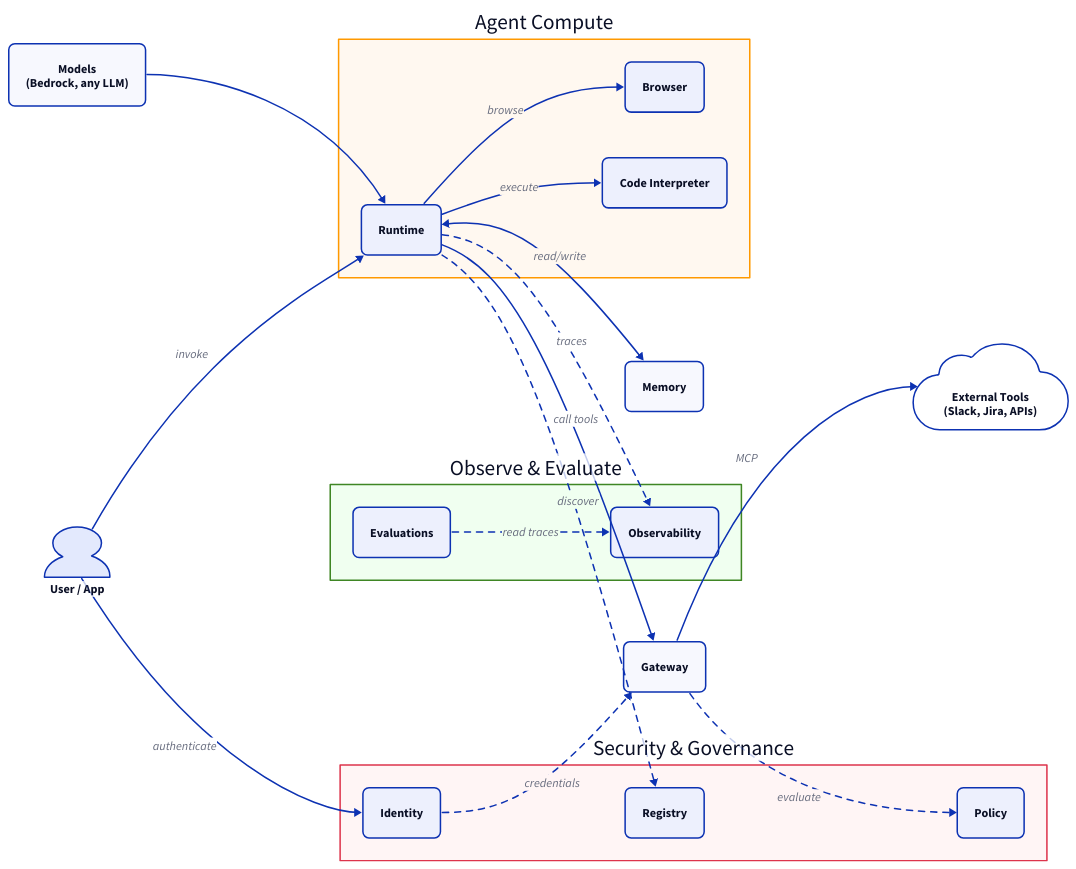
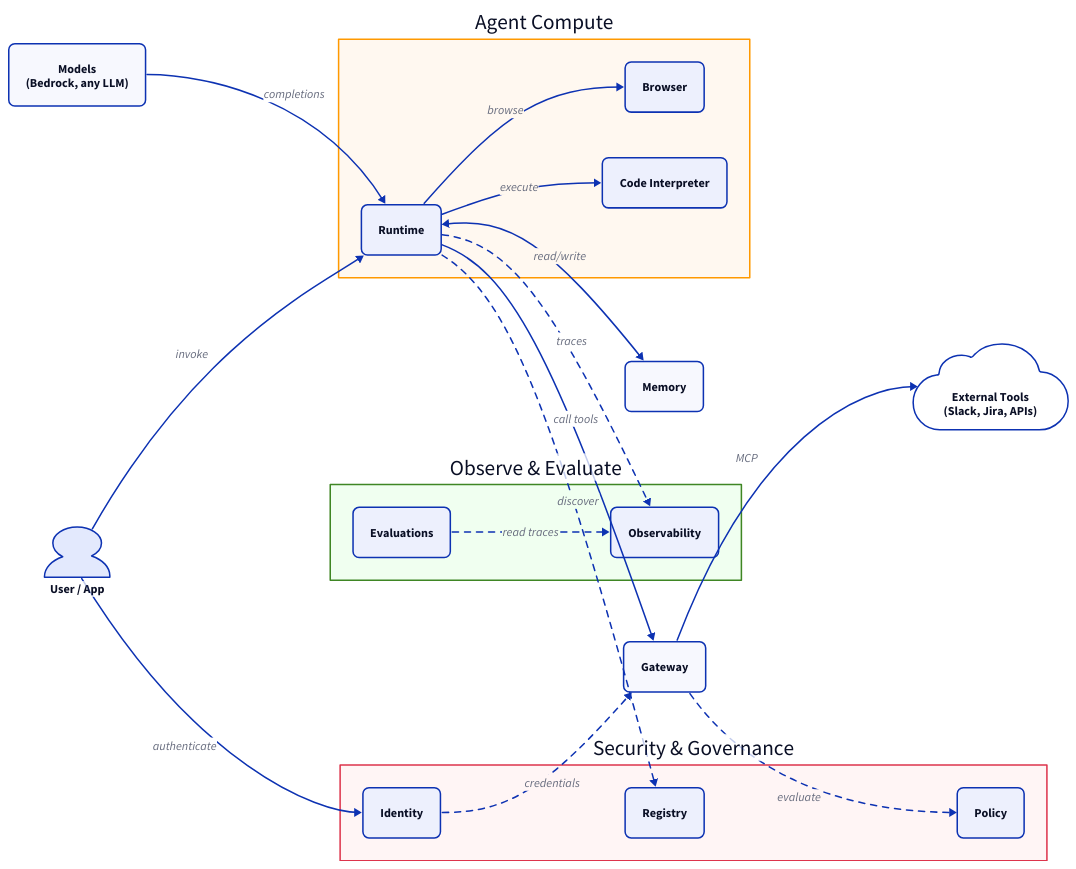
One commit to rowanu/slider changed the diagram in decks/agentcore-field-guide/agentcore-architecture.d2. Above: the diagram before and after it, drawn with D2. The commit also changed 19 other files, not shown here.

Commit message:
feat(agentcore-field-guide): add slide QR code, update diagrams

```diff
--- a/decks/agentcore-field-guide/agentcore-architecture.d2
+++ b/decks/agentcore-field-guide/agentcore-architecture.d2
@@ -1,114 +1,114 @@
 # AgentCore Architecture — How the services connect at runtime
 
 direction: right
 
 # ── External (left) ─────────────────────────────────────────────────────────
 
 user: "User / App" {
   shape: person
 }
 
 models: "Models\n(Bedrock, any LLM)" {
   style.border-radius: 8
 }
 
 # ── Agent Compute (centre) ──────────────────────────────────────────────────
 
 compute: "Agent Compute" {
   style.stroke: "#FF9900"
   style.fill: "#FFF8F0"
 
   runtime: "Runtime" {
     style.border-radius: 8
   }
 
   browser: "Browser" {
     style.border-radius: 8
   }
 
   code_interpreter: "Code Interpreter" {
     style.border-radius: 8
   }
 
   runtime -> browser: "browse"
   runtime -> code_interpreter: "execute"
 }
 
 # ── Integration (right of compute) ──────────────────────────────────────────
 
 gateway: "Gateway" {
   style.border-radius: 8
 }
 
 memory: "Memory" {
   style.border-radius: 8
 }
 
 tools: "External Tools\n(Slack, Jira, APIs)" {
   shape: cloud
 }
 
 # ── Security & Governance (below gateway) ───────────────────────────────────
 
 security: "Security & Governance" {
   style.stroke: "#DD344C"
   style.fill: "#FFF5F5"
 
   identity: "Identity" {
     style.border-radius: 8
   }
 
   policy: "Policy" {
     style.border-radius: 8
   }
 
   registry: "Registry" {
     style.border-radius: 8
   }
 }
 
 # ── Observe & Evaluate (below compute) ──────────────────────────────────────
 
 monitoring: "Observe & Evaluate" {
   style.stroke: "#3F8624"
   style.fill: "#F0FFF0"
 
   observability: "Observability" {
     style.border-radius: 8
   }
 
   evaluations: "Evaluations" {
     style.border-radius: 8
   }
 }
 
 # ── Connections ─────────────────────────────────────────────────────────────
 
 # Primary flow (left to right)
 user -> compute.runtime: "invoke"
-models -> compute.runtime
+models -> compute.runtime: "completions"
 compute.runtime -> gateway: "call tools"
 gateway -> tools: "MCP"
 compute.runtime <-> memory: "read/write"
 
 # Identity
 user -> security.identity: "authenticate"
 security.identity -> gateway: "credentials" {
   style.stroke-dash: 4
 }
 
 # Policy + Registry (gateway-adjacent to reduce crossover)
 gateway -> security.policy: "evaluate" {
   style.stroke-dash: 4
 }
 compute.runtime -> security.registry: "discover" {
   style.stroke-dash: 4
 }
 
 # Observability (traces flow OUT of runtime)
 compute.runtime -> monitoring.observability: "traces" {
   style.stroke-dash: 4
 }
 monitoring.evaluations -> monitoring.observability: "read traces" {
   style.stroke-dash: 4
 }
```
